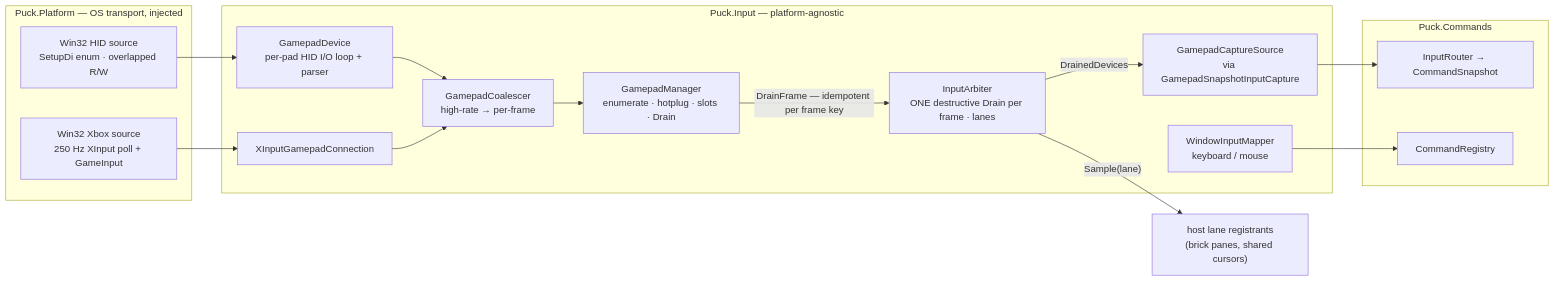
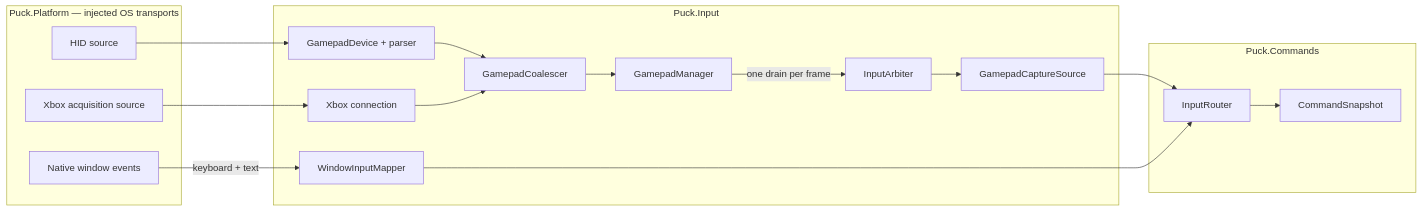
Before and after one commit to ByteTerrace/Puck: the diagram in src/Puck.Input/README.md, drawn with Mermaid. The commit also changed other lines of this file and 129 other files, not shown here.

````diff
--- a/src/Puck.Input/README.md
+++ b/src/Puck.Input/README.md
@@ -38,30 +45,29 @@
 ```mermaid
 flowchart LR
-    subgraph platform["Puck.Platform — OS transport, injected"]
-        hidsrc["Win32 HID source<br/>SetupDi enum · overlapped R/W"]
-        xboxsrc["Win32 Xbox source<br/>250 Hz XInput poll + GameInput"]
+    subgraph Platform ["Puck.Platform — injected OS transports"]
+        HidSource["HID source"]
+        XboxSource["Xbox acquisition source"]
+        Window["Native window events"]
     end
 
-    subgraph input["Puck.Input — platform-agnostic"]
-        dev["GamepadDevice<br/>per-pad HID I/O loop + parser"]
-        xconn["XInputGamepadConnection"]
-        coal["GamepadCoalescer<br/>high-rate → per-frame"]
-        mgr["GamepadManager<br/>enumerate · hotplug · slots · Drain"]
-        arb["InputArbiter<br/>ONE destructive Drain per frame · lanes"]
-        capture["GamepadCaptureSource<br/>via GamepadSnapshotInputCapture"]
-        kbd["WindowInputMapper<br/>keyboard / mouse"]
+    subgraph Input ["Puck.Input"]
+        Device["GamepadDevice + parser"]
+        Connection["Xbox connection"]
+        Coalescer["GamepadCoalescer"]
+        Manager["GamepadManager"]
+        Arbiter["InputArbiter"]
+        Capture["GamepadCaptureSource"]
+        Mapper["WindowInputMapper"]
     end
 
-    subgraph commands["Puck.Commands"]
-        router["InputRouter → CommandSnapshot"]
-        registry["CommandRegistry"]
+    subgraph Commands ["Puck.Commands"]
+        Router["InputRouter"]
+        Snapshot["CommandSnapshot"]
     end
 
-    hidsrc --> dev --> coal
-    xboxsrc --> xconn --> coal
-    coal --> mgr
-    mgr -->|"DrainFrame — idempotent per frame key"| arb
-    arb -->|"DrainedDevices"| capture --> router
-    arb -->|"Sample(lane)"| lanes["host lane registrants<br/>(brick panes, shared cursors)"]
-    kbd --> registry
+    HidSource --> Device --> Coalescer
+    XboxSource --> Connection --> Coalescer
+    Coalescer --> Manager -->|"one drain per frame"| Arbiter --> Capture --> Router
+    Window -->|"keyboard + text"| Mapper --> Router
+    Router --> Snapshot
 ```
````
